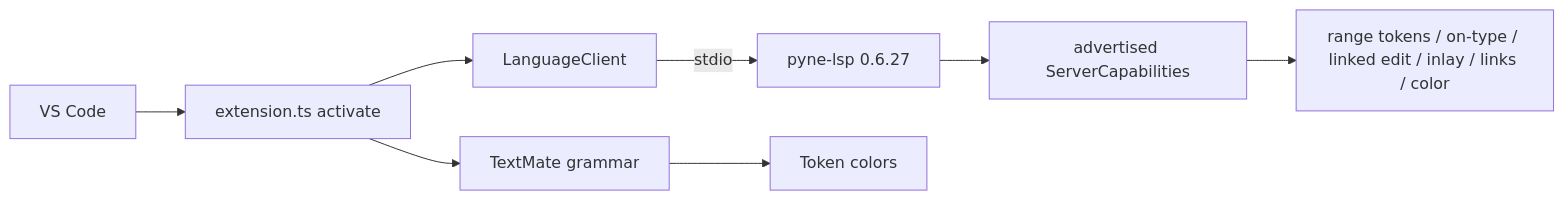
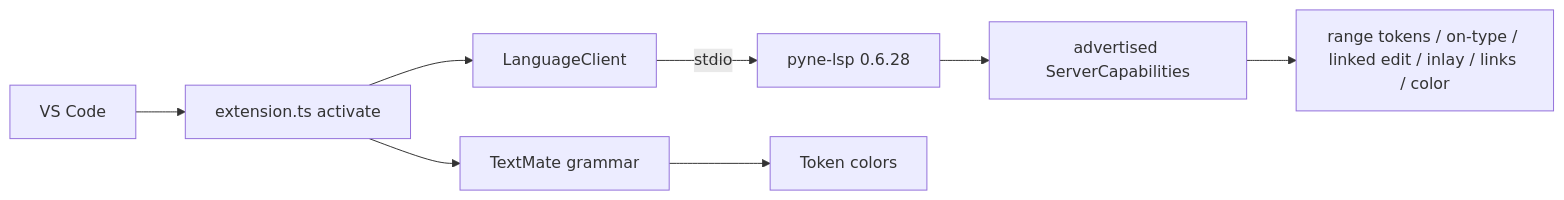
The diagram in docs/pyne/lsp/vscode-extension.mdx (hoox-sh/pyne), drawn with Mermaid before and after one commit. The commit also changed other lines of this file and 11 other files, not shown here.

````diff
--- a/docs/pyne/lsp/vscode-extension.mdx
+++ b/docs/pyne/lsp/vscode-extension.mdx
@@ -33,10 +33,10 @@
 ```mermaid
 flowchart LR
   VS[VS Code] --> EXT[extension.ts activate]
   EXT --> LC[LanguageClient]
-  LC -->|stdio| LSP[pyne-lsp 0.6.27]
+  LC -->|stdio| LSP[pyne-lsp 0.6.28]
   EXT --> TM[TextMate grammar]
   TM --> HL[Token colors]
   LSP --> CAP[advertised ServerCapabilities]
   CAP --> UI[range tokens / on-type / linked edit / inlay / links / color]
 ```
````
